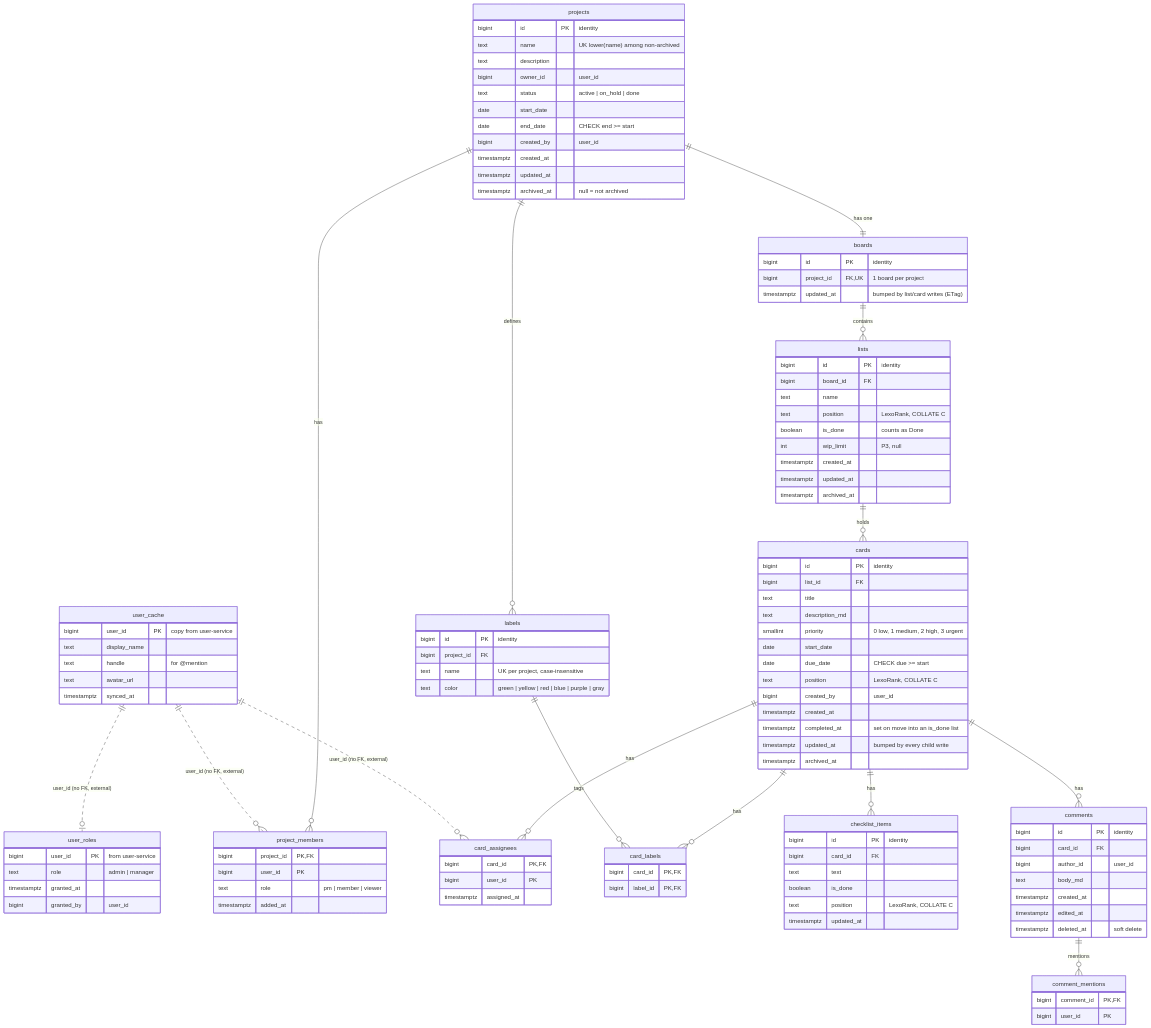
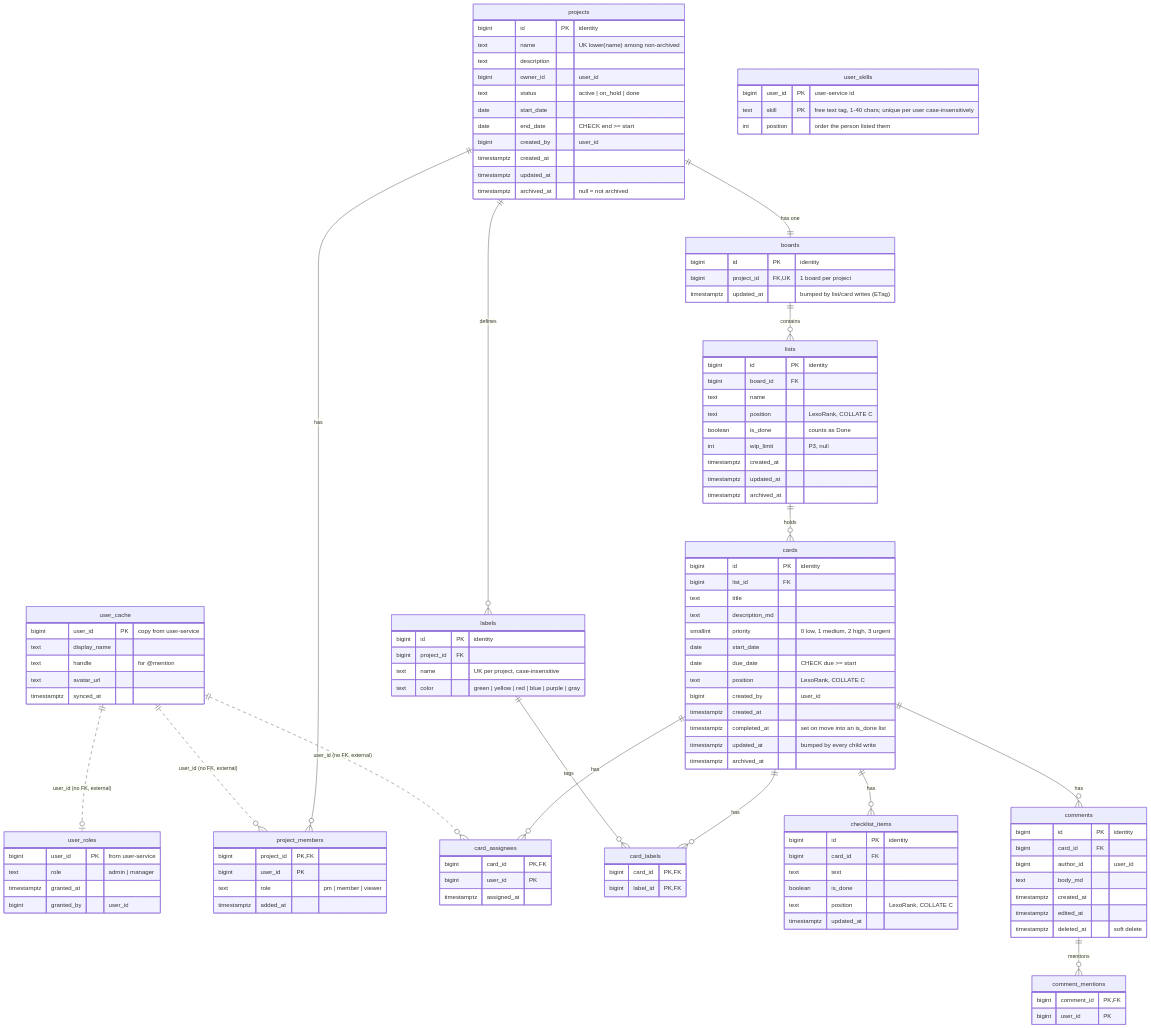
Before and after one commit to JklvJohny/Project-tracking: the first of 2 diagrams in docs/ERD.md, drawn with Mermaid. The commit also changed other lines of this file and 24 other files, not shown here.

```diff
--- a/docs/ERD.md
+++ b/docs/ERD.md
@@ -35,6 +35,11 @@
         text handle "for @mention"
         text avatar_url
         timestamptz synced_at
+    }
+    user_skills {
+        bigint user_id PK "user-service id"
+        text skill PK "free text tag, 1-40 chars; unique per user case-insensitively"
+        int position "order the person listed them"
     }
     projects {
         bigint id PK "identity"
```
